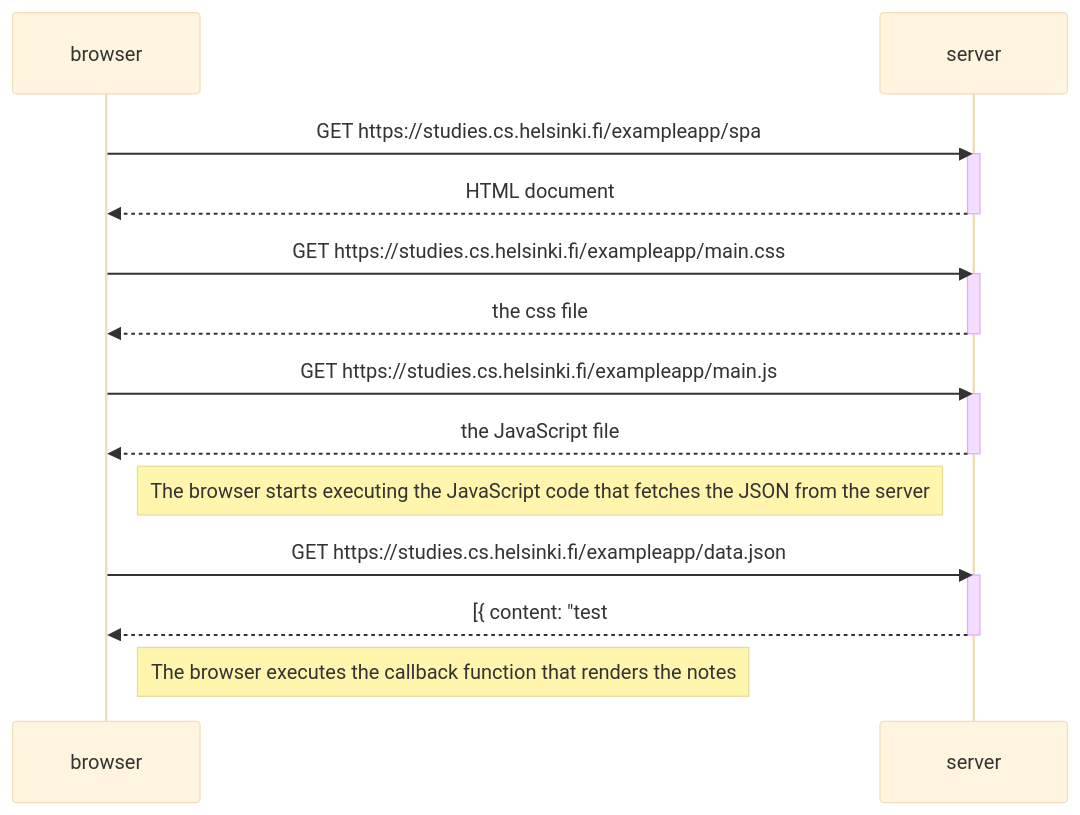
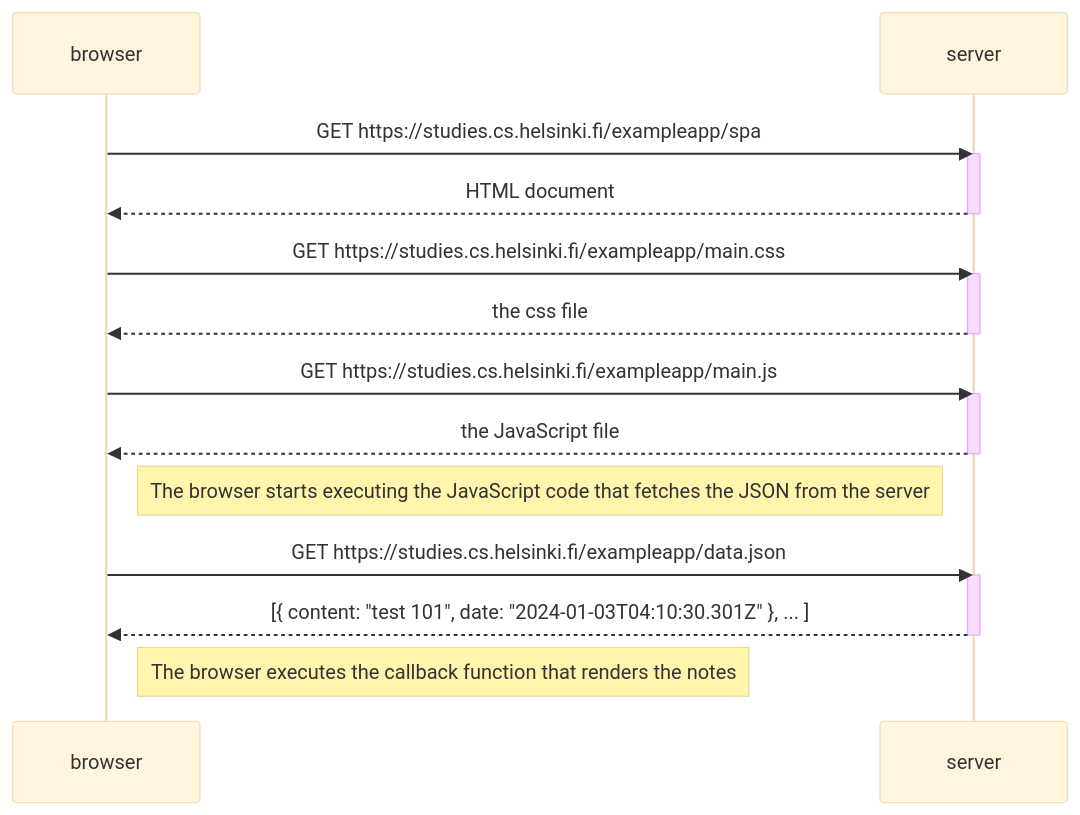
One commit to maab19/FullStackExercises changed the diagram in part0/spa_diagram.md. Above: the diagram before and after it, drawn with Mermaid (base theme).

````diff
--- a/part0/spa_diagram.md
+++ b/part0/spa_diagram.md
@@ -1,29 +1,29 @@
 ```mermaid
 sequenceDiagram
     participant browser
     participant server
 
     browser->>server: GET https://studies.cs.helsinki.fi/exampleapp/spa
     activate server
     server-->>browser: HTML document
     deactivate server
 
     browser->>server: GET https://studies.cs.helsinki.fi/exampleapp/main.css
     activate server
     server-->>browser: the css file
     deactivate server
 
     browser->>server: GET https://studies.cs.helsinki.fi/exampleapp/main.js
     activate server
     server-->>browser: the JavaScript file
     deactivate server
 
     Note right of browser: The browser starts executing the JavaScript code that fetches the JSON from the server
 
     browser->>server: GET https://studies.cs.helsinki.fi/exampleapp/data.json
     activate server
-    server-->>browser: [{ content: "test #101", date: "2024-01-03T04:10:30.301Z" }, ... ]
+    server-->>browser: [{ content: "test 101", date: "2024-01-03T04:10:30.301Z" }, ... ]
     deactivate server
 
     Note right of browser: The browser executes the callback function that renders the notes
 ```
````
